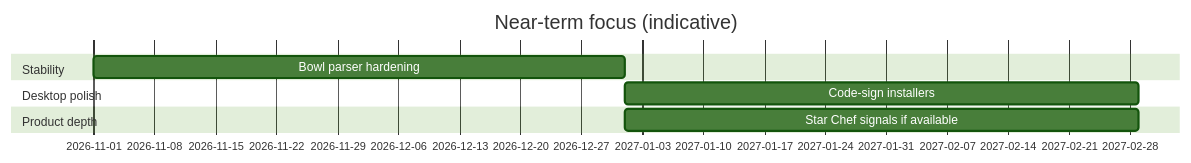
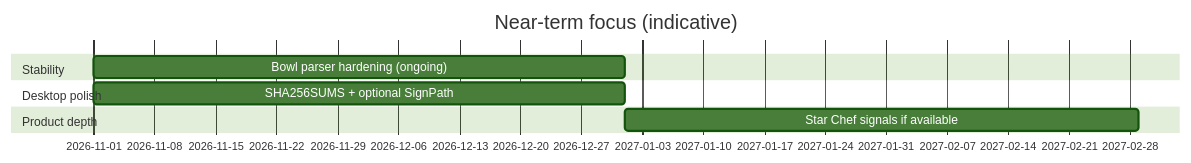
Before and after one commit to ejw427/ChopWatch: the third of 5 diagrams in docs/PROJECT_PLAN.md, drawn with Mermaid (forest theme). The commit also changed other lines of this file and 21 other files, not shown here.

First line of the commit message:
Harden Bowl parsers and add a free signing path without a paid cert.

````diff
--- a/docs/PROJECT_PLAN.md
+++ b/docs/PROJECT_PLAN.md
@@ -76,11 +78,11 @@
 ```mermaid
 gantt
   title Near-term focus (indicative)
   dateFormat  YYYY-MM
   section Stability
-  Bowl parser hardening           :a1, 2026-11, 2M
+  Bowl parser hardening (ongoing) :a1, 2026-11, 2M
   section Desktop polish
-  Code-sign installers            :a3, 2027-01, 2M
+  SHA256SUMS + optional SignPath  :a3, 2026-11, 2M
   section Product depth
   Star Chef signals if available  :a4, 2027-01, 2M
 ```
````
